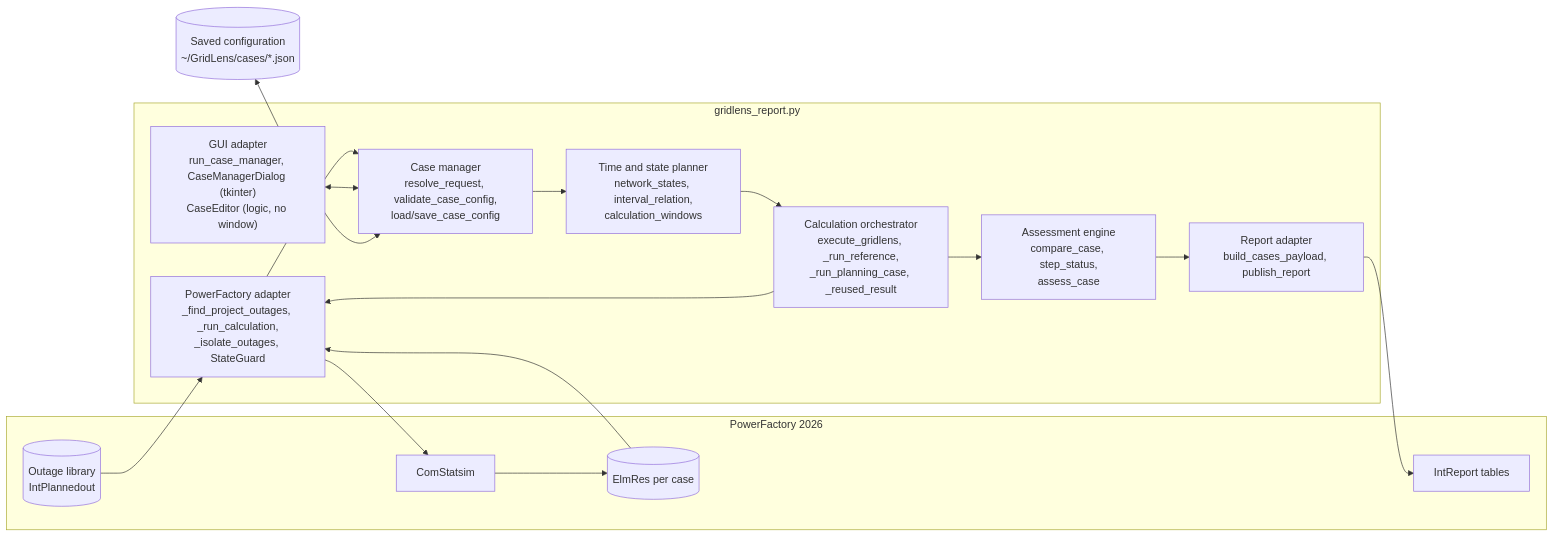
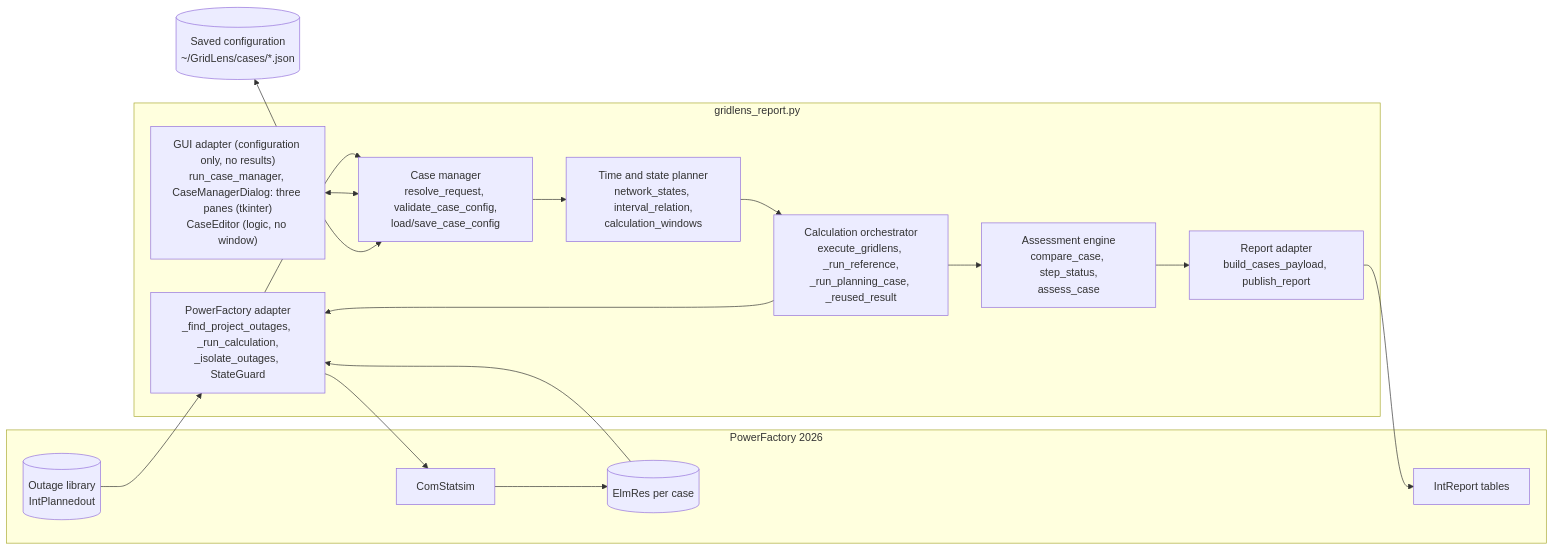
The first of 8 diagrams in docs/ARCHITECTURE.md (hadiibrahim-Engin/GridLensAssessment), drawn with Mermaid before and after one commit. The commit also changed other lines of this file and 12 other files, not shown here.

First line of the commit message:
Add script to synchronize case manager copy for GUI testing

````diff
--- a/docs/ARCHITECTURE.md
+++ b/docs/ARCHITECTURE.md
@@ -117,26 +117,26 @@
 ```mermaid
 flowchart LR
     subgraph PF["PowerFactory 2026"]
         OL[("Outage library<br/>IntPlannedout")]
         QDS["ComStatsim"]
         RES[("ElmRes per case")]
         REP["IntReport tables"]
     end
     subgraph GL["gridlens_report.py"]
         AD["PowerFactory adapter<br/>_find_project_outages, _run_calculation,<br/>_isolate_outages, StateGuard"]
         CM["Case manager<br/>resolve_request, validate_case_config,<br/>load/save_case_config"]
-        GUI["GUI adapter<br/>run_case_manager, CaseManagerDialog (tkinter)<br/>CaseEditor (logic, no window)"]
+        GUI["GUI adapter (configuration only, no results)<br/>run_case_manager, CaseManagerDialog: three panes (tkinter)<br/>CaseEditor (logic, no window)"]
         TP["Time and state planner<br/>network_states, interval_relation,<br/>calculation_windows"]
         OR["Calculation orchestrator<br/>execute_gridlens, _run_reference,<br/>_run_planning_case, _reused_result"]
         AE["Assessment engine<br/>compare_case, step_status,<br/>assess_case"]
         RA["Report adapter<br/>build_cases_payload, publish_report"]
     end
     CFG[("Saved configuration<br/>~/GridLens/cases/*.json")]
     OL --> AD --> CM
     GUI <--> CM
     CFG <--> CM
     CM --> TP --> OR
     OR --> AD
     AD --> QDS --> RES --> AD
     OR --> AE --> RA --> REP
 ```
````
